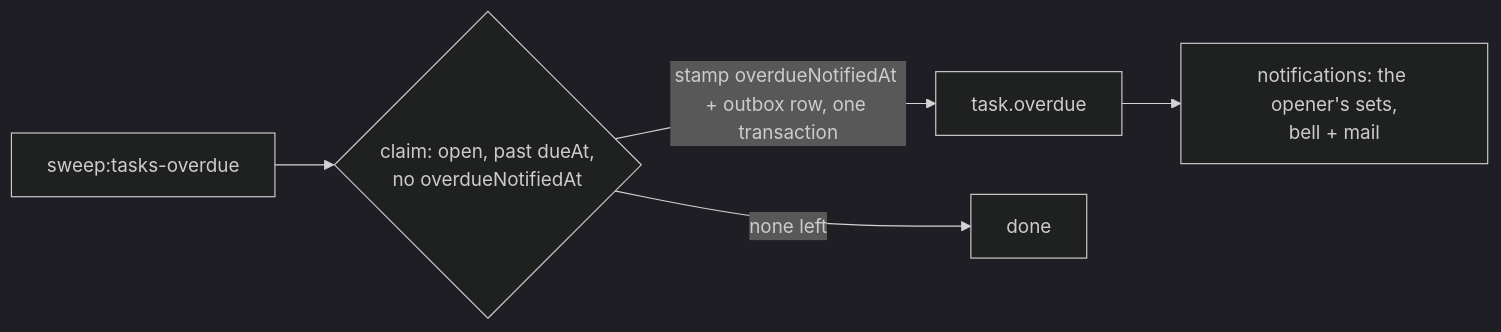
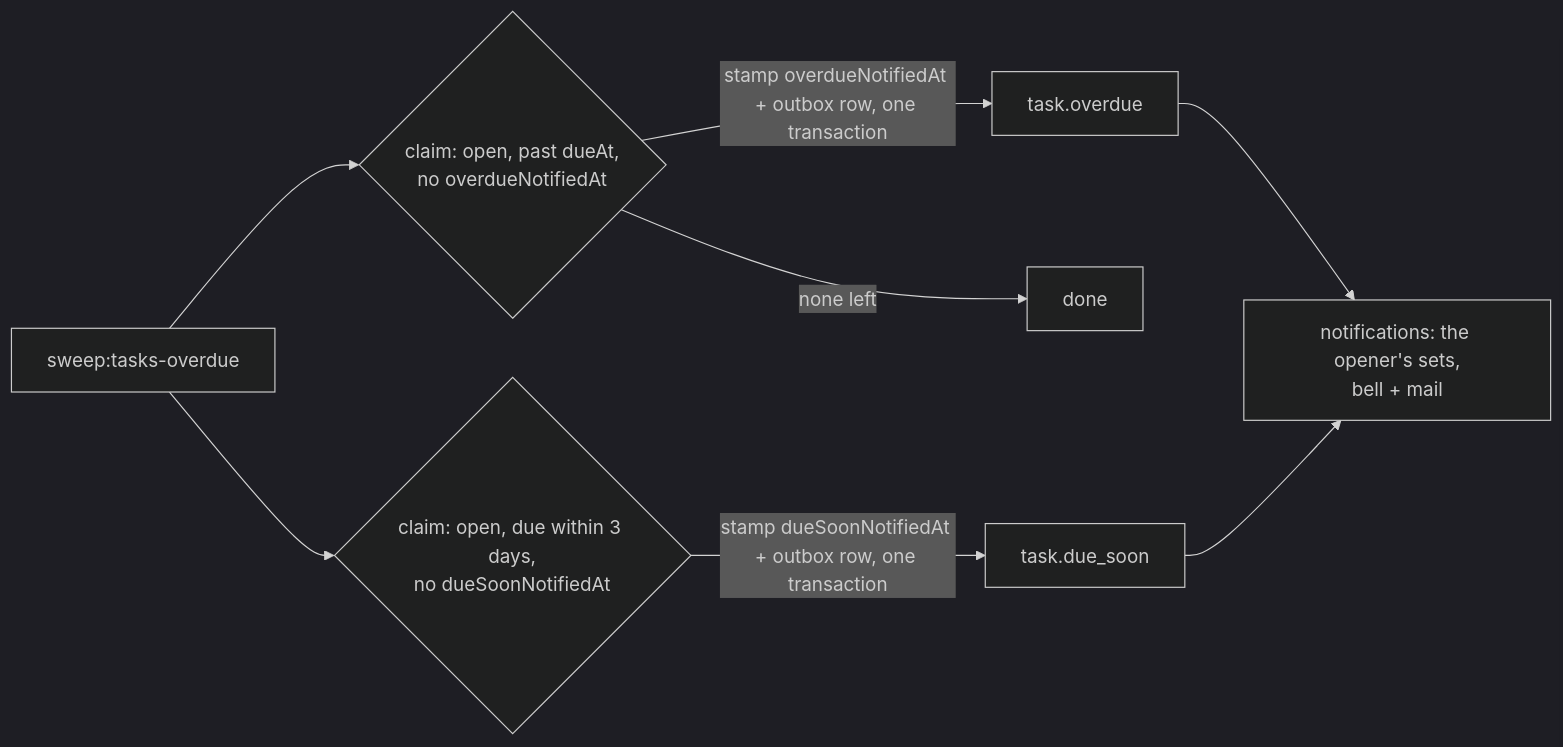
One commit to Guebbit/boilerplate-node-backend changed the fourth of 4 diagrams in docs/modules/tasks.md. Above: the diagram before and after it, drawn with Mermaid (dark theme). The commit also changed other lines of this file and 36 other files, not shown here.

First line of the commit message:
feat(tasks): remind staff once, three days before a to-do falls due

````diff
--- a/docs/modules/tasks.md
+++ b/docs/modules/tasks.md
@@ -205,7 +218,10 @@
 ```mermaid
 flowchart LR
     J["sweep:tasks-overdue"] --> C{"claim: open, past dueAt,<br/>no overdueNotifiedAt"}
     C -->|stamp overdueNotifiedAt + outbox row, one transaction| E["task.overdue"]
+    J --> D{"claim: open, due within 3 days,<br/>no dueSoonNotifiedAt"}
+    D -->|stamp dueSoonNotifiedAt + outbox row, one transaction| F["task.due_soon"]
     C -->|none left| Z["done"]
     E --> N["notifications: the opener's sets,<br/>bell + mail"]
+    F --> N
 ```
````
